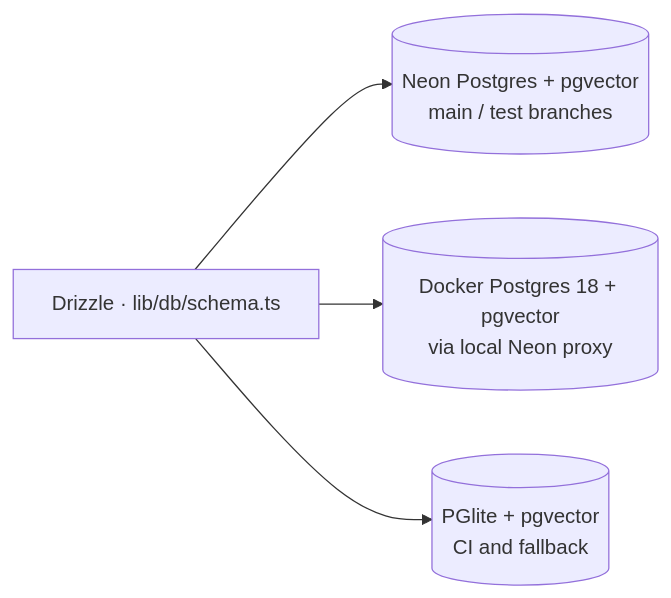
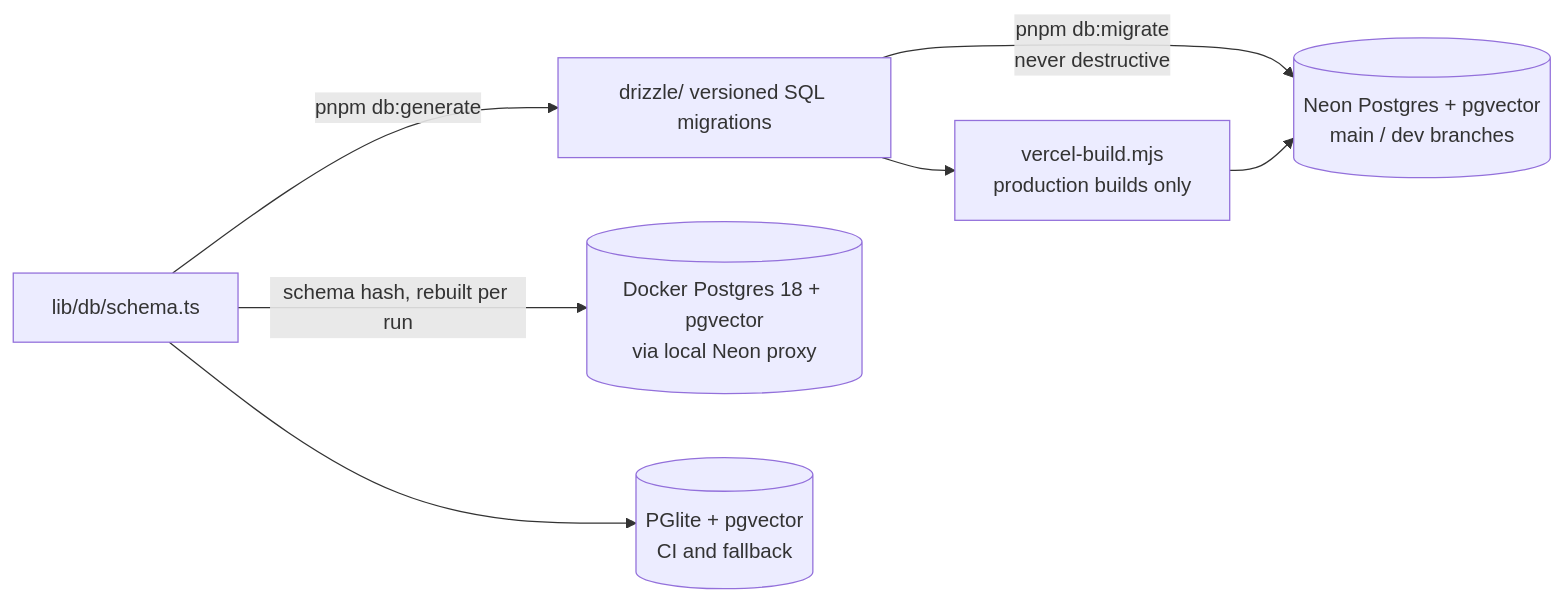
The fifth of 5 diagrams in docs/harness/runtime.md (gaboesquivel/flow-signal), drawn with Mermaid before and after one commit. The commit also changed other lines of this file and 7 other files, not shown here.

First line of the commit message:
docs(harness): refresh diagrams for specs 006, 007, and 010 (#12)

````diff
--- a/docs/harness/runtime.md
+++ b/docs/harness/runtime.md
@@ -98,6 +108,9 @@
 ```mermaid
 flowchart LR
-  APP[Drizzle · lib/db/schema.ts] --> NEON[(Neon Postgres + pgvector<br/>main / test branches)]
-  APP --> DOCK[(Docker Postgres 18 + pgvector<br/>via local Neon proxy)]
-  APP --> PGL[(PGlite + pgvector<br/>CI and fallback)]
+  SC[lib/db/schema.ts] -->|pnpm db:generate| MG[drizzle/ versioned SQL migrations]
+  MG -->|pnpm db:migrate<br/>never destructive| NEON[(Neon Postgres + pgvector<br/>main / dev branches)]
+  MG --> VB[vercel-build.mjs<br/>production builds only]
+  VB --> NEON
+  SC -->|schema hash, rebuilt per run| DOCK[(Docker Postgres 18 + pgvector<br/>via local Neon proxy)]
+  SC --> PGL[(PGlite + pgvector<br/>CI and fallback)]
 ```
````
